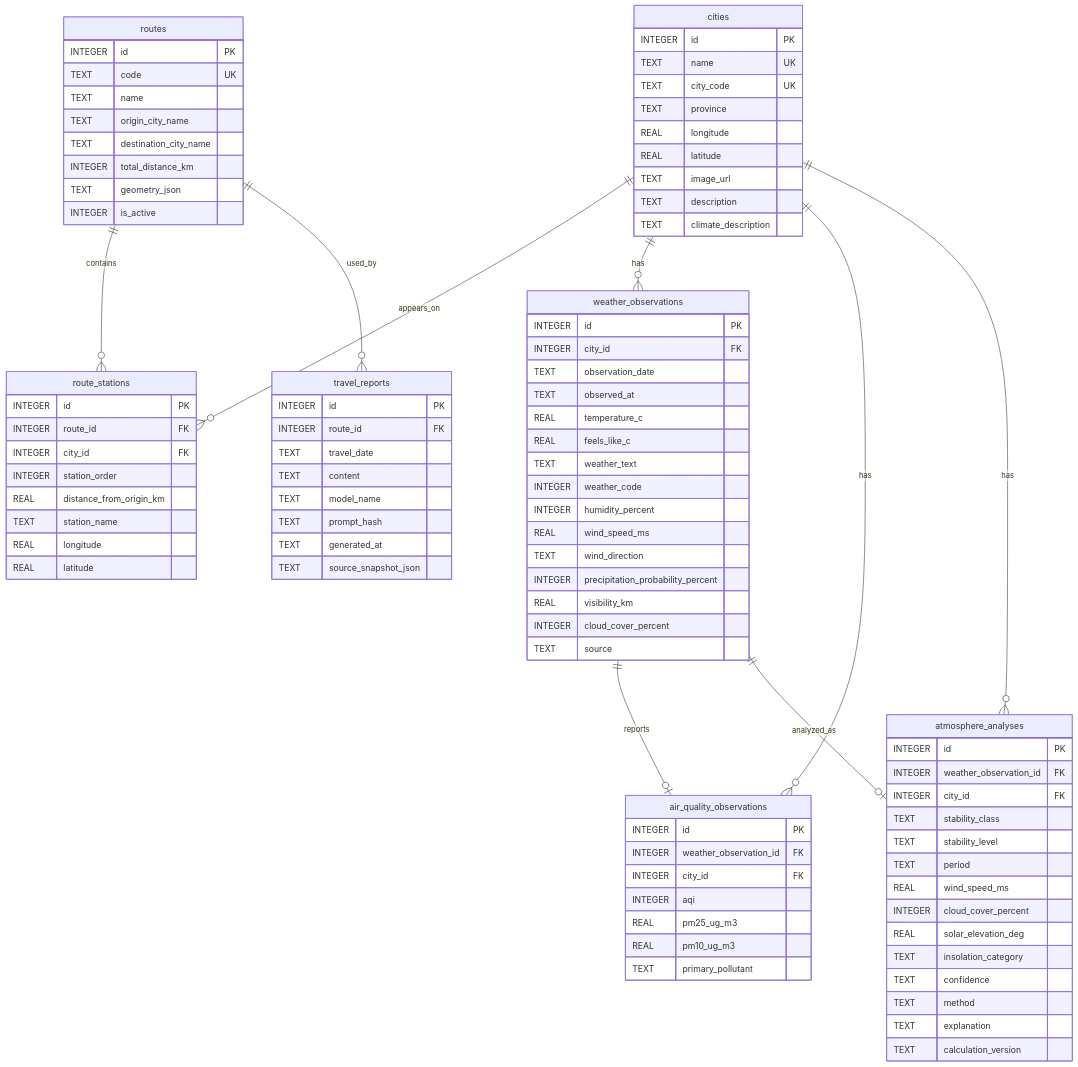
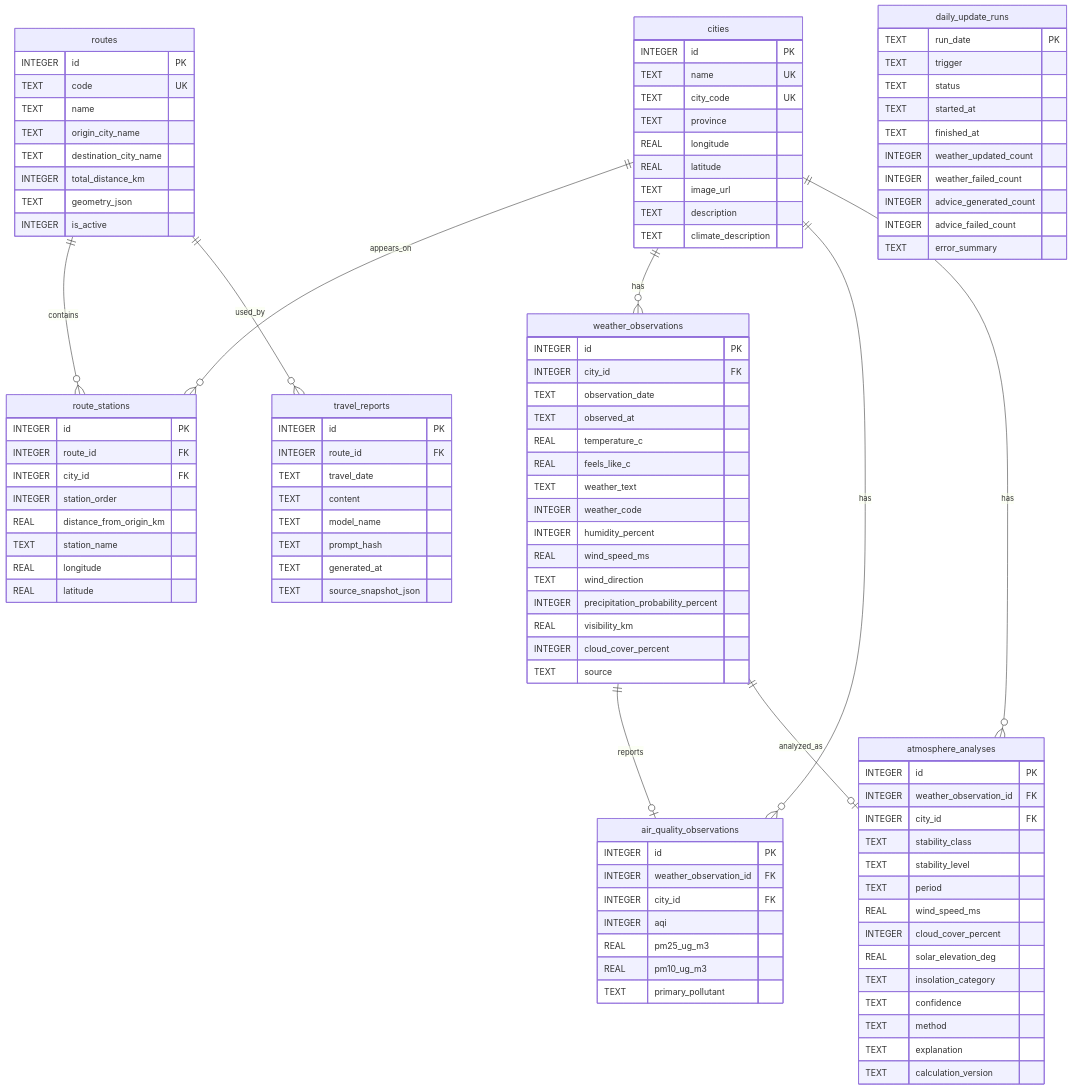
One commit to ChenPP-123/CtoN changed the diagram in docs/CtoN_Database_Design.md. Above: the diagram before and after it, drawn with Mermaid. The commit also changed other lines of this file and 27 other files, not shown here.

```diff
--- a/docs/CtoN_Database_Design.md
+++ b/docs/CtoN_Database_Design.md
@@ -66,6 +66,18 @@
         INTEGER total_distance_km
         TEXT geometry_json
         INTEGER is_active
+    }
+    daily_update_runs {
+        TEXT run_date PK
+        TEXT trigger
+        TEXT status
+        TEXT started_at
+        TEXT finished_at
+        INTEGER weather_updated_count
+        INTEGER weather_failed_count
+        INTEGER advice_generated_count
+        INTEGER advice_failed_count
+        TEXT error_summary
     }
     cities {
         INTEGER id PK
```
